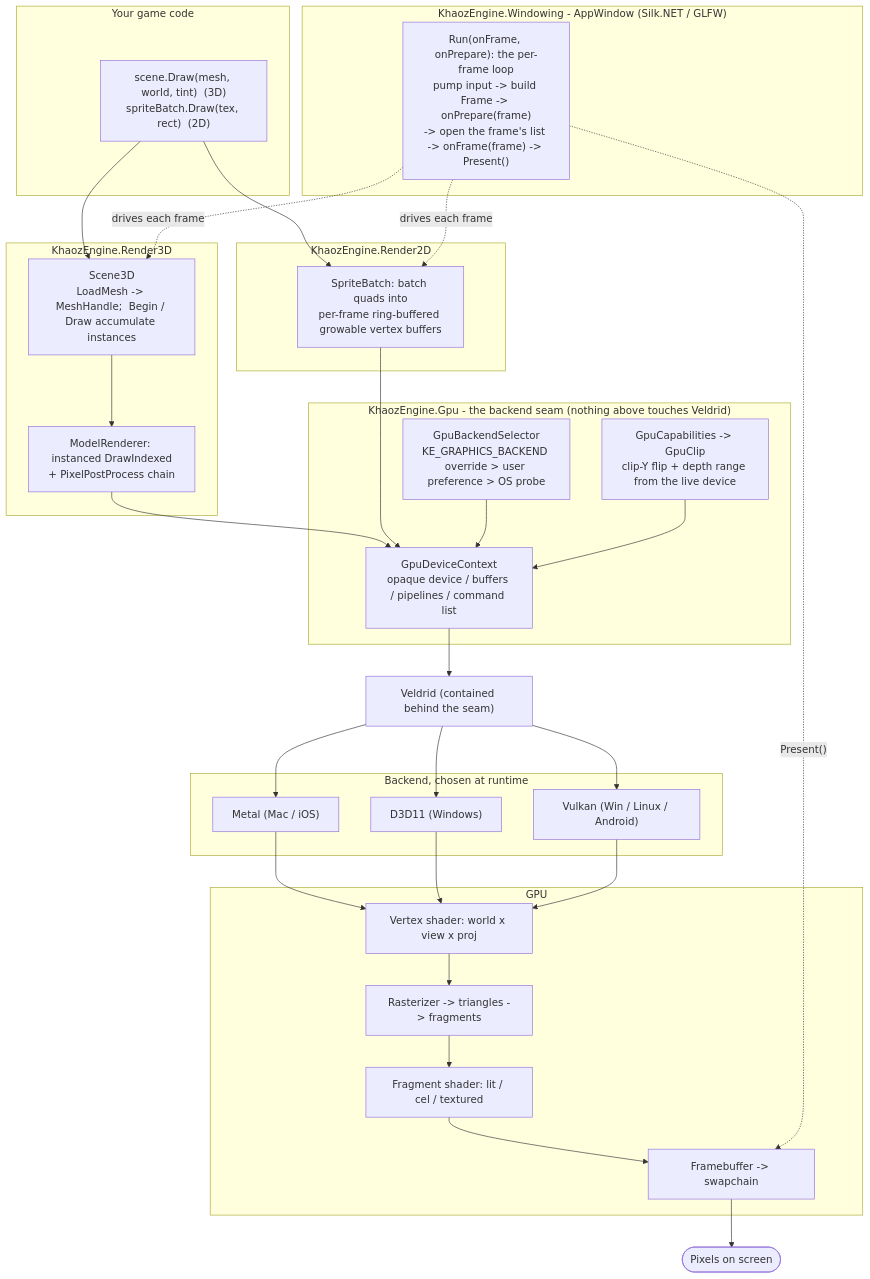
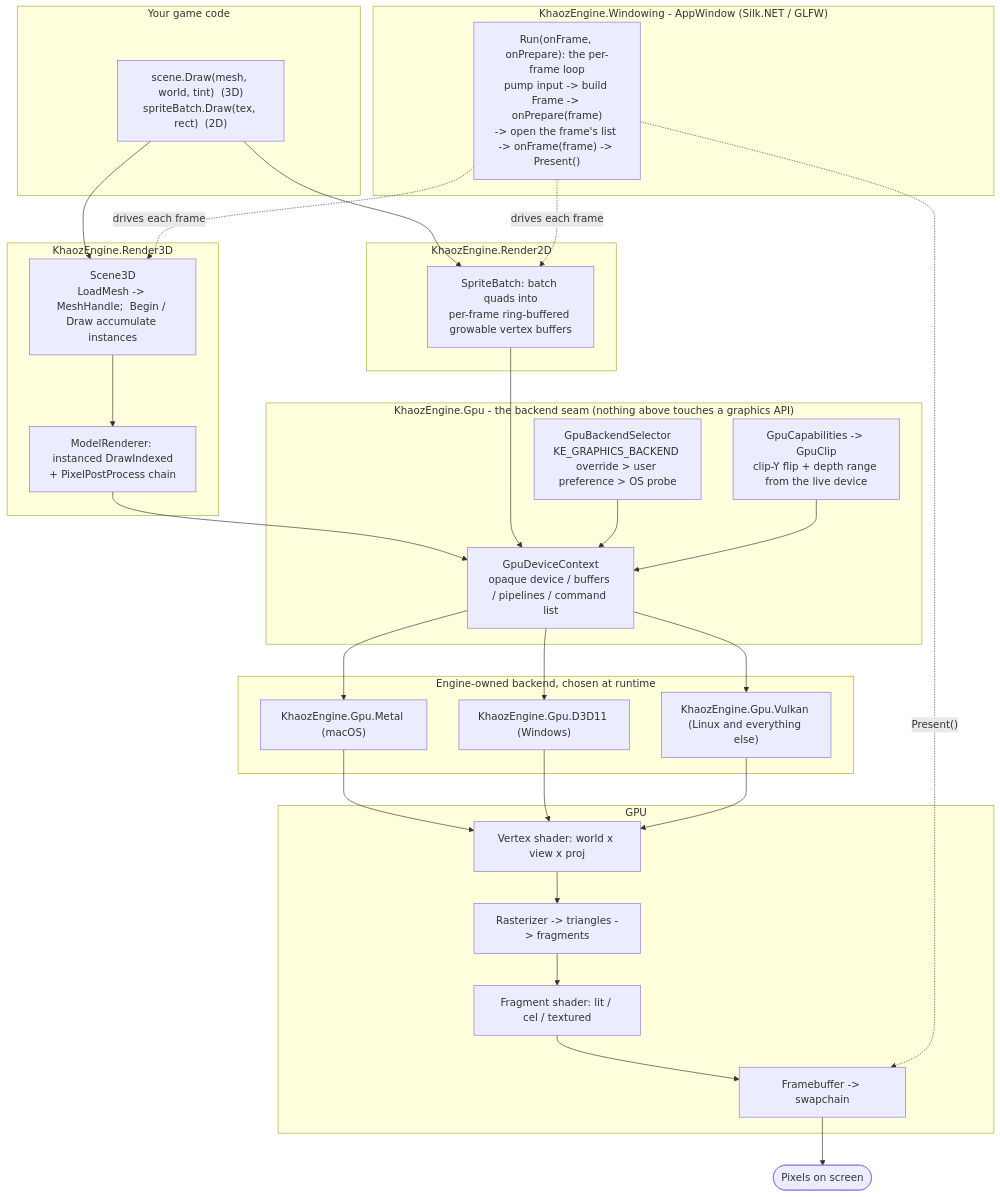
The first of 3 diagrams in docs/RENDER-PIPELINE.md (APKiwiOrg/KhaozEngine), drawn with Mermaid before and after one commit. The commit also changed other lines of this file and 22 other files, not shown here.

````diff
--- a/docs/RENDER-PIPELINE.md
+++ b/docs/RENDER-PIPELINE.md
@@ -9,56 +10,54 @@
 ```mermaid
 flowchart TD
     subgraph game["Your game code"]
         GC["scene.Draw(mesh, world, tint)  (3D)<br/>spriteBatch.Draw(tex, rect)  (2D)"]
     end
 
     subgraph win["KhaozEngine.Windowing - AppWindow (Silk.NET / GLFW)"]
         LOOP["Run(onFrame, onPrepare): the per-frame loop<br/>pump input -> build Frame -> onPrepare(frame)<br/>-> open the frame's list -> onFrame(frame) -> Present()"]
     end
 
     subgraph r3["KhaozEngine.Render3D"]
         S3["Scene3D<br/>LoadMesh -> MeshHandle;  Begin / Draw accumulate instances"]
         MR["ModelRenderer: instanced DrawIndexed<br/>+ PixelPostProcess chain"]
     end
     subgraph r2["KhaozEngine.Render2D"]
         SB["SpriteBatch: batch quads into<br/>per-frame ring-buffered growable vertex buffers"]
     end
 
-    subgraph gpu["KhaozEngine.Gpu - the backend seam (nothing above touches Veldrid)"]
+    subgraph gpu["KhaozEngine.Gpu - the backend seam (nothing above touches a graphics API)"]
         DEV["GpuDeviceContext<br/>opaque device / buffers / pipelines / command list"]
         SEL["GpuBackendSelector<br/>KE_GRAPHICS_BACKEND override > user preference > OS probe"]
         CAP["GpuCapabilities -> GpuClip<br/>clip-Y flip + depth range from the live device"]
     end
 
-    VEL["Veldrid (contained behind the seam)"]
 
-    subgraph back["Backend, chosen at runtime"]
-        MTL["Metal (Mac / iOS)"]
-        D3D["D3D11 (Windows)"]
-        VK["Vulkan (Win / Linux / Android)"]
+    subgraph back["Engine-owned backend, chosen at runtime"]
+        MTL["KhaozEngine.Gpu.Metal (macOS)"]
+        D3D["KhaozEngine.Gpu.D3D11 (Windows)"]
+        VK["KhaozEngine.Gpu.Vulkan (Linux and everything else)"]
     end
 
     subgraph hw["GPU"]
         VS["Vertex shader: world x view x proj"]
         RAS["Rasterizer -> triangles -> fragments"]
         FS["Fragment shader: lit / cel / textured"]
         FB["Framebuffer -> swapchain"]
     end
 
     SCREEN(["Pixels on screen"])
 
     GC --> S3
     GC --> SB
     S3 --> MR
     LOOP -. drives each frame .-> S3
     LOOP -. drives each frame .-> SB
     MR --> DEV
     SB --> DEV
     SEL --> DEV
     CAP --> DEV
-    DEV --> VEL
-    VEL --> MTL & D3D & VK
+    DEV --> MTL & D3D & VK
     MTL & D3D & VK --> VS
     VS --> RAS --> FS --> FB --> SCREEN
     LOOP -. Present() .-> FB
 ```
````
